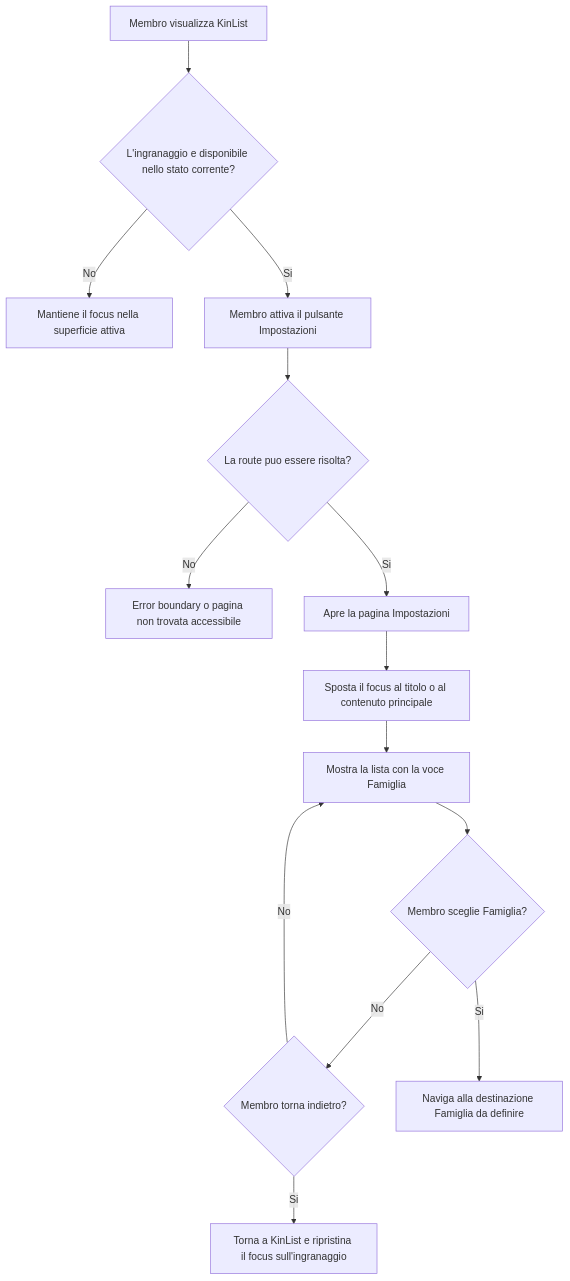
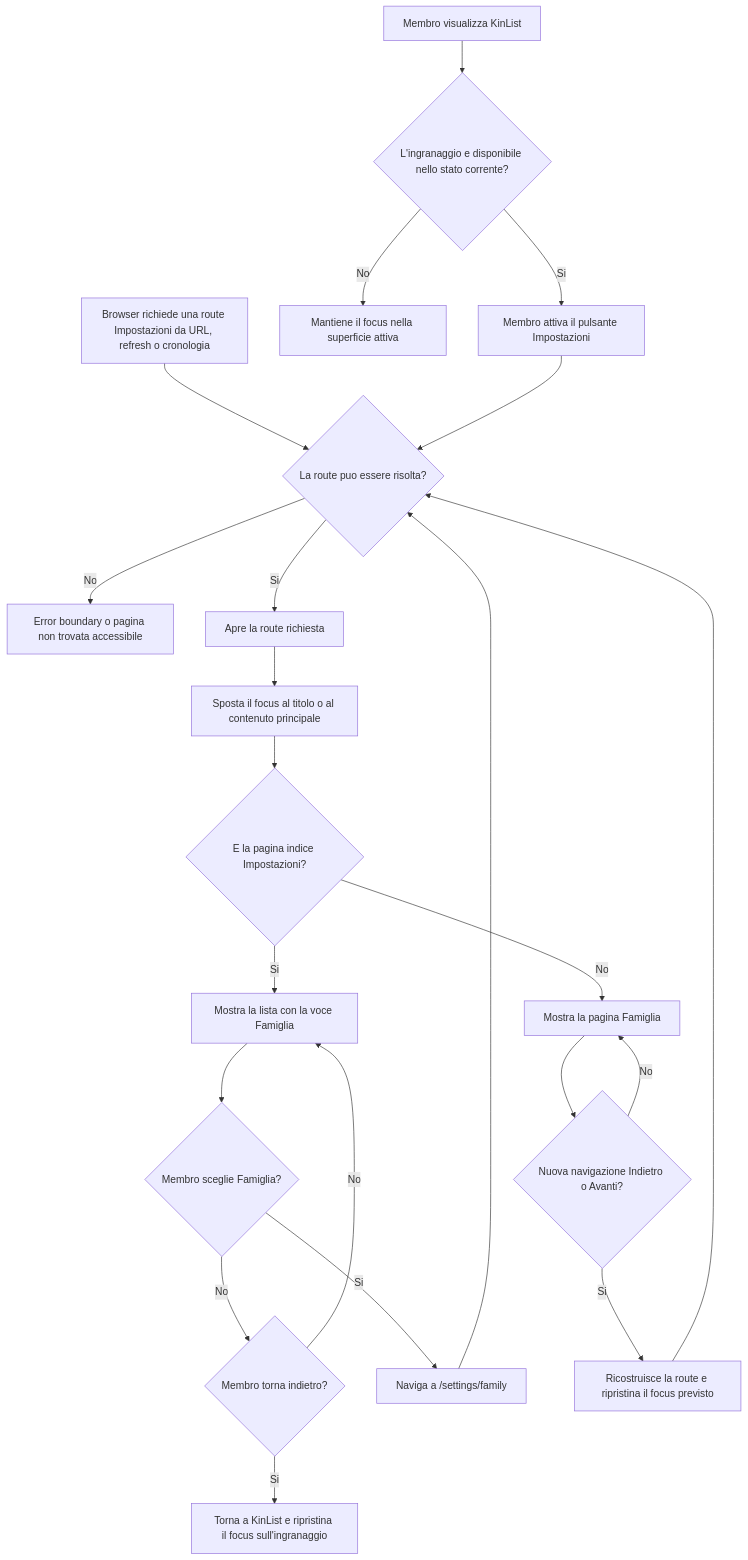
The diagram in docs/kinlist/research/tasks/floating-settings-entry/research.md (martinabruni/DA.KinHub), drawn with Mermaid before and after one commit. The commit also changed other lines of this file and 17 other files, not shown here.

````diff
--- a/docs/kinlist/research/tasks/floating-settings-entry/research.md
+++ b/docs/kinlist/research/tasks/floating-settings-entry/research.md
@@ -96,16 +97,24 @@
 ```mermaid
 flowchart TD
     A["Membro visualizza KinList"] --> B{"L'ingranaggio e disponibile nello stato corrente?"}
+    A2["Browser richiede una route Impostazioni da URL, refresh o cronologia"] --> E
     B -- No --> C["Mantiene il focus nella superficie attiva"]
     B -- Si --> D["Membro attiva il pulsante Impostazioni"]
     D --> E{"La route puo essere risolta?"}
     E -- No --> F["Error boundary o pagina non trovata accessibile"]
-    E -- Si --> G["Apre la pagina Impostazioni"]
+    E -- Si --> G["Apre la route richiesta"]
     G --> H["Sposta il focus al titolo o al contenuto principale"]
-    H --> I["Mostra la lista con la voce Famiglia"]
+    H --> R{"E la pagina indice Impostazioni?"}
+    R -- Si --> I["Mostra la lista con la voce Famiglia"]
+    R -- No --> P["Mostra la pagina Famiglia"]
     I --> J{"Membro sceglie Famiglia?"}
     J -- No --> K{"Membro torna indietro?"}
-    J -- Si --> L["Naviga alla destinazione Famiglia da definire"]
+    J -- Si --> L["Naviga a /settings/family"]
     K -- No --> I
     K -- Si --> M["Torna a KinList e ripristina il focus sull'ingranaggio"]
+    L --> E
+    P --> N{"Nuova navigazione Indietro o Avanti?"}
+    N -- Si --> O["Ricostruisce la route e ripristina il focus previsto"]
+    N -- No --> P
+    O --> E
 ```
````
